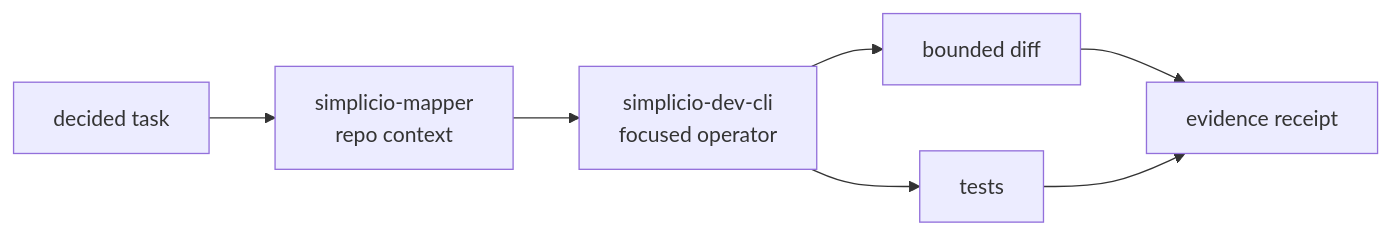
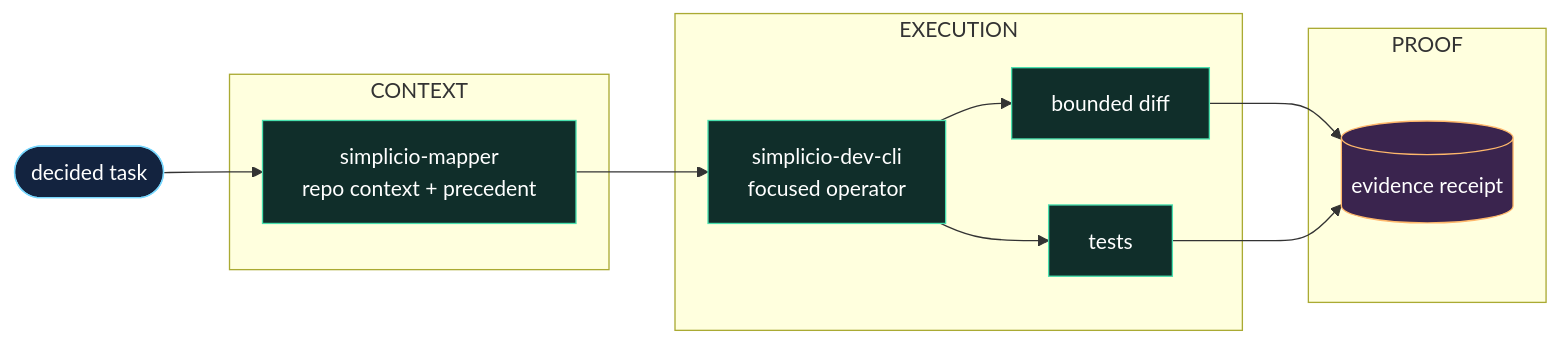
The diagram in README.md (simpletibr/simplicio-loop), drawn with Mermaid before and after one commit. The commit also changed 16 other files, not shown here.

Commit message:
docs: strengthen README Mermaid execution maps

````diff
--- a/README.md
+++ b/README.md
@@ -70,11 +70,26 @@
 ```mermaid
 flowchart LR
-  task["decided task"] --> mapper["simplicio-mapper
-repo context"]
-  mapper --> operator["simplicio-dev-cli
-focused operator"]
-  operator --> diff["bounded diff"]
-  operator --> tests["tests"]
-  diff --> receipt["evidence receipt"]
+  task(["decided task"])
+  subgraph context["CONTEXT"]
+    mapper["simplicio-mapper<br/>repo context + precedent"]
+  end
+  subgraph execution["EXECUTION"]
+    operator["simplicio-dev-cli<br/>focused operator"]
+    diff["bounded diff"]
+    tests["tests"]
+  end
+  subgraph proof["PROOF"]
+    receipt[("evidence receipt")]
+  end
+  task --> mapper --> operator
+  operator --> diff
+  operator --> tests
+  diff --> receipt
   tests --> receipt
+  classDef input fill:#13233f,stroke:#79d8ff,color:#ffffff
+  classDef action fill:#102e2a,stroke:#48e0ae,color:#ffffff
+  classDef proofNode fill:#3a244e,stroke:#ffb86b,color:#ffffff
+  class task input
+  class mapper,operator,diff,tests action
+  class receipt proofNode
 ```
````
